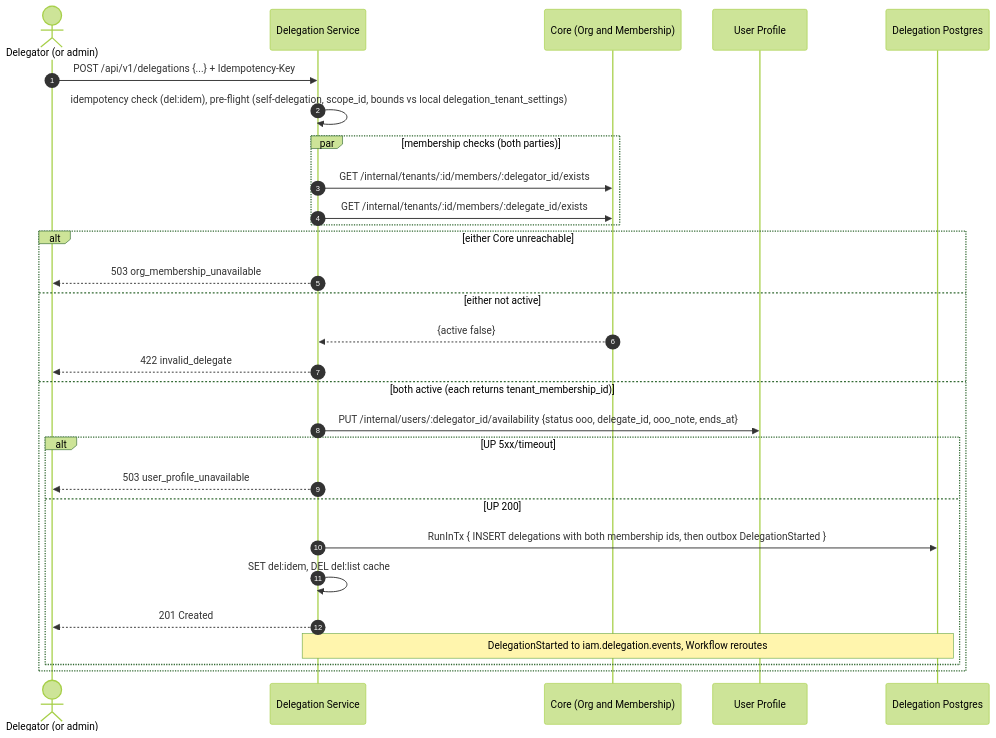
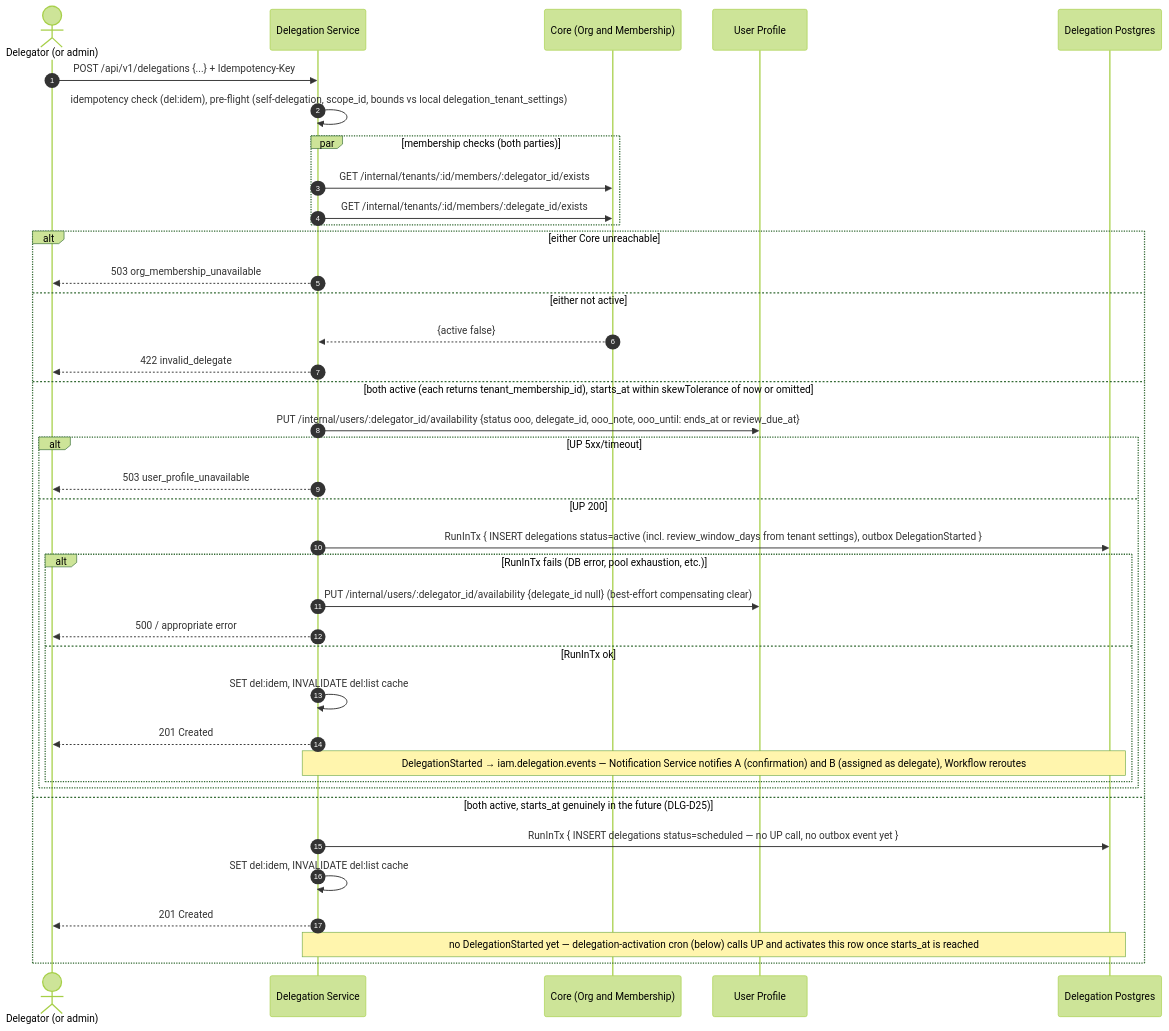
One commit to BCBP-SOLUTIONS-FZC-LLC/iam-delegation changed the fifth of 13 diagrams in ARCHITECTURE.md. Above: the diagram before and after it, drawn with Mermaid (forest theme). The commit also changed other lines of this file and 139 other files, not shown here.

````diff
--- a/ARCHITECTURE.md
+++ b/ARCHITECTURE.md
@@ -246,32 +335,42 @@
 ```mermaid
 sequenceDiagram
     autonumber
     actor DR as Delegator (or admin)
     participant DLG as Delegation Service
     participant Core as Core (Org and Membership)
     participant UP as User Profile
     participant PG as Delegation Postgres
 
     DR->>DLG: POST /api/v1/delegations {...} + Idempotency-Key
     DLG->>DLG: idempotency check (del:idem), pre-flight (self-delegation, scope_id, bounds vs local delegation_tenant_settings)
     par membership checks (both parties)
         DLG->>Core: GET /internal/tenants/:id/members/:delegator_id/exists
         DLG->>Core: GET /internal/tenants/:id/members/:delegate_id/exists
     end
     alt either Core unreachable
         DLG-->>DR: 503 org_membership_unavailable
     else either not active
         Core-->>DLG: {active false}
         DLG-->>DR: 422 invalid_delegate
-    else both active (each returns tenant_membership_id)
-        DLG->>UP: PUT /internal/users/:delegator_id/availability {status ooo, delegate_id, ooo_note, ends_at}
+    else both active (each returns tenant_membership_id), starts_at within skewTolerance of now or omitted
+        DLG->>UP: PUT /internal/users/:delegator_id/availability {status ooo, delegate_id, ooo_note, ooo_until: ends_at or review_due_at}
         alt UP 5xx/timeout
             DLG-->>DR: 503 user_profile_unavailable
         else UP 200
-            DLG->>PG: RunInTx { INSERT delegations with both membership ids, then outbox DelegationStarted }
-            DLG->>DLG: SET del:idem, DEL del:list cache
-            DLG-->>DR: 201 Created
-            Note over DLG,PG: DelegationStarted to iam.delegation.events, Workflow reroutes
+            DLG->>PG: RunInTx { INSERT delegations status=active (incl. review_window_days from tenant settings), outbox DelegationStarted }
+            alt RunInTx fails (DB error, pool exhaustion, etc.)
+                DLG->>UP: PUT /internal/users/:delegator_id/availability {delegate_id null} (best-effort compensating clear)
+                DLG-->>DR: 500 / appropriate error
+            else RunInTx ok
+                DLG->>DLG: SET del:idem, INVALIDATE del:list cache
+                DLG-->>DR: 201 Created
+                Note over DLG,PG: DelegationStarted → iam.delegation.events — Notification Service notifies A (confirmation) and B (assigned as delegate), Workflow reroutes
+            end
         end
+    else both active, starts_at genuinely in the future (DLG-D25)
+        DLG->>PG: RunInTx { INSERT delegations status=scheduled — no UP call, no outbox event yet }
+        DLG->>DLG: SET del:idem, INVALIDATE del:list cache
+        DLG-->>DR: 201 Created
+        Note over DLG,PG: no DelegationStarted yet — delegation-activation cron (below) calls UP and activates this row once starts_at is reached
     end
 ```
````
